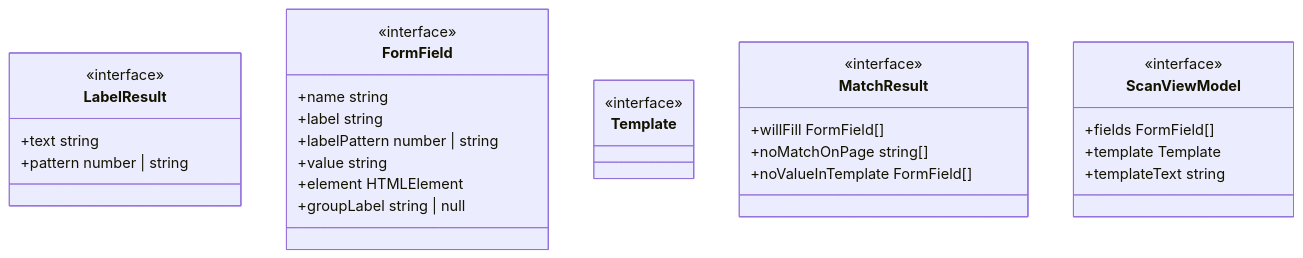
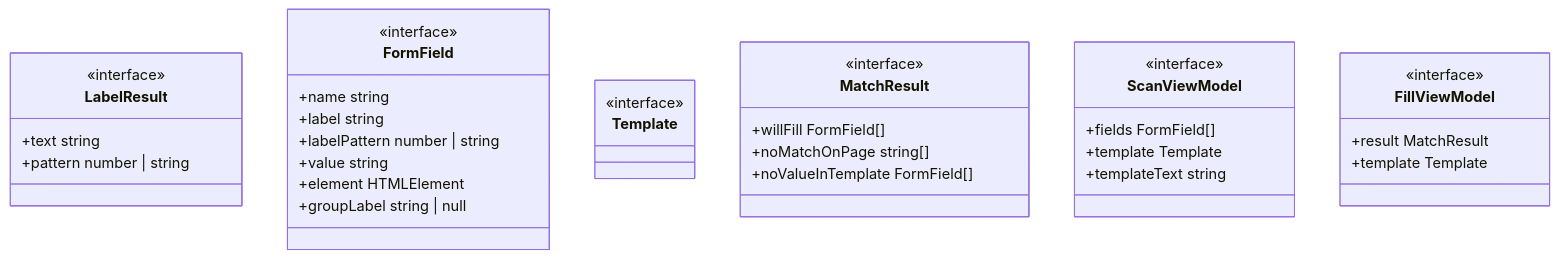
Before and after one commit to datalackey/fill-form-bookmarklet: the second of 3 diagrams in README.md, drawn with Mermaid. The commit also changed other lines of this file, not shown here.

````diff
--- a/README.md
+++ b/README.md
@@ -135,33 +136,38 @@
 ```mermaid
 classDiagram
   direction TB
   class LabelResult {
     <<interface>>
     +text string
     +pattern number | string
   }
   class FormField {
     <<interface>>
     +name string
     +label string
     +labelPattern number | string
     +value string
     +element HTMLElement
     +groupLabel string | null
   }
   class Template {
     <<interface>>
   }
   class MatchResult {
     <<interface>>
     +willFill FormField[]
     +noMatchOnPage string[]
     +noValueInTemplate FormField[]
   }
   class ScanViewModel {
     <<interface>>
     +fields FormField[]
     +template Template
     +templateText string
   }
+  class FillViewModel {
+    <<interface>>
+    +result MatchResult
+    +template Template
+  }
 ```
````
